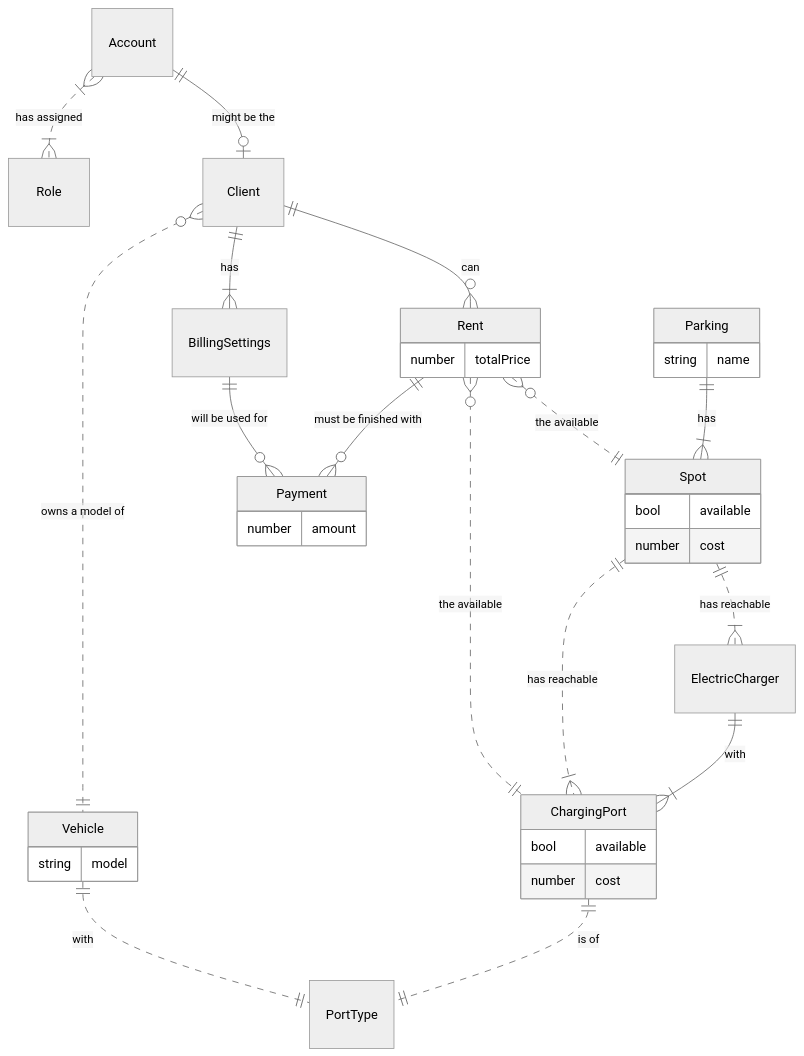
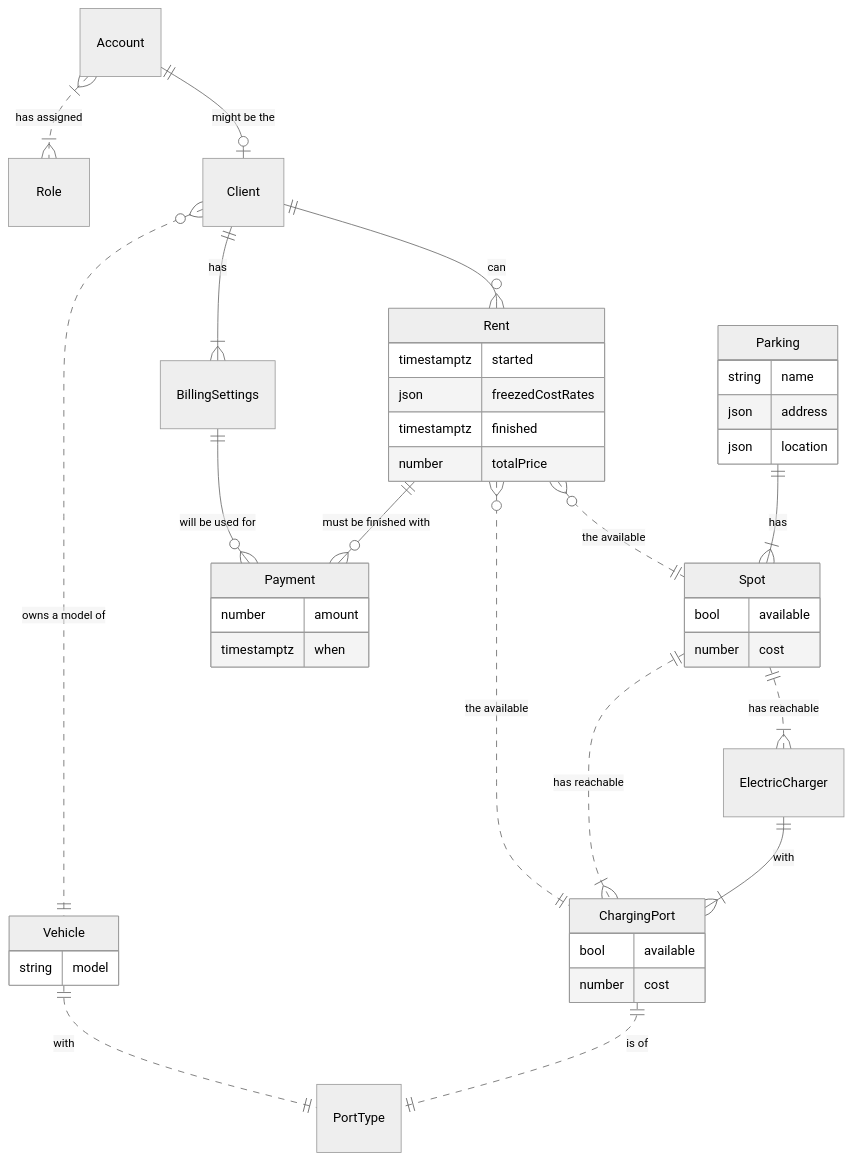
Before and after one commit to KLarpen/metatech-university-NodeJS2022-homework: the fourth of 8 diagrams in JavaScript/d-tasks2-messenger/schemas/README.md, drawn with Mermaid (neutral theme). The commit also changed other lines of this file, not shown here.

Commit message:
More Mermaid in GitHub rendering tests based on successful results of the previous

````diff
--- a/JavaScript/d-tasks2-messenger/schemas/README.md
+++ b/JavaScript/d-tasks2-messenger/schemas/README.md
@@ -124,38 +157,47 @@
 ```mermaid
 erDiagram
-  Account }|..|{ Role : "has assigned"
-  Account ||--o| Client : "might be the"
-  Client ||--|{ BillingSettings : has
-  Client }o..|| Vehicle : "owns a model of"
   Vehicle {
     string model
   }
-  Vehicle ||..|| PortType : with
-  Rent }o..|| Spot : "the available"
-  Rent {
-    number totalPrice
+  Parking {
+    string name
+    json address
+    json location
   }
   Spot {
     bool available
     number cost
   }
-  Rent }o..|| ChargingPort : "the available"
-  Client ||--o{ Rent : can
-  BillingSettings ||--o{ Payment : "will be used for"
-  Payment {
-    number amount
-  }
-  Rent ||--o{ Payment : "must be finished with"
-  Parking ||--|{ Spot : has
-  Parking {
-    string name
-  }
-  Spot ||..|{ ElectricCharger : "has reachable"
-  Spot ||..|{ ChargingPort : "has reachable"
   ChargingPort {
     bool available
     number cost
   }
+  Rent {
+    timestamptz started
+    json freezedCostRates
+    timestamptz finished
+    number totalPrice
+  }
+  Payment {
+    number amount
+    timestamptz when
+  }
+
+  Account }|..|{ Role : "has assigned"
+  Account ||--o| Client : "might be the"
+  Client ||--|{ BillingSettings : has
+  Client }o..|| Vehicle : "owns a model of"
+  Vehicle ||..|| PortType : with
+
+  Rent }o..|| Spot : "the available"
+  Rent }o..|| ChargingPort : "the available"
+  Client ||--o{ Rent : can
+  BillingSettings ||--o{ Payment : "will be used for"
+  Rent ||--o{ Payment : "must be finished with"
+
+  Parking ||--|{ Spot : has
+  Spot ||..|{ ElectricCharger : "has reachable"
+  Spot ||..|{ ChargingPort : "has reachable"
   ElectricCharger ||--|{ ChargingPort : with
   ChargingPort ||..|| PortType : "is of"
 ```
````
